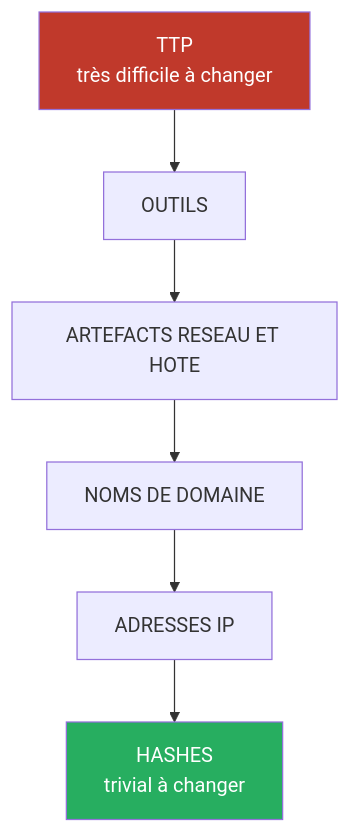
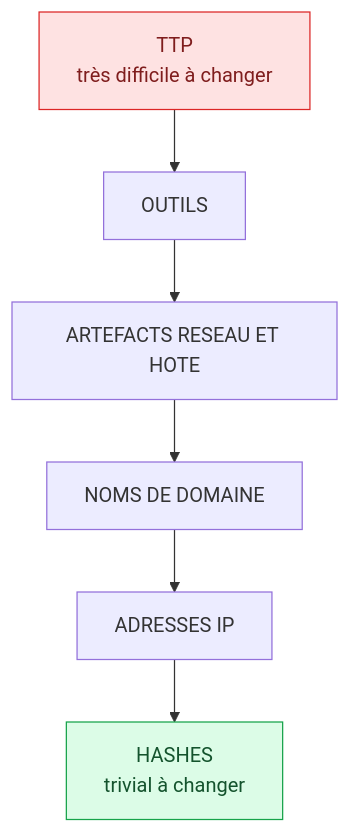
The second of 2 diagrams in courses/reseaux-cybersecurite/35_threat_intelligence.md (Gooseppr/GevOps_LC), drawn with Mermaid before and after one commit. The commit also changed other lines of this file and 56 other files, not shown here.

````diff
--- a/courses/reseaux-cybersecurite/35_threat_intelligence.md
+++ b/courses/reseaux-cybersecurite/35_threat_intelligence.md
@@ -176,10 +176,10 @@
 ```mermaid
 flowchart TB
   T[TTP<br/>très difficile à changer] --> U[OUTILS]
   U --> V[ARTEFACTS RESEAU ET HOTE]
   V --> W[NOMS DE DOMAINE]
   W --> X[ADRESSES IP]
   X --> Y[HASHES<br/>trivial à changer]
-  style T fill:#c0392b,color:#fff
-  style Y fill:#27ae60,color:#fff
+  style T fill:#fee2e2,stroke:#dc2626,color:#7f1d1d
+  style Y fill:#dcfce7,stroke:#16a34a,color:#14532d
 ```
````
